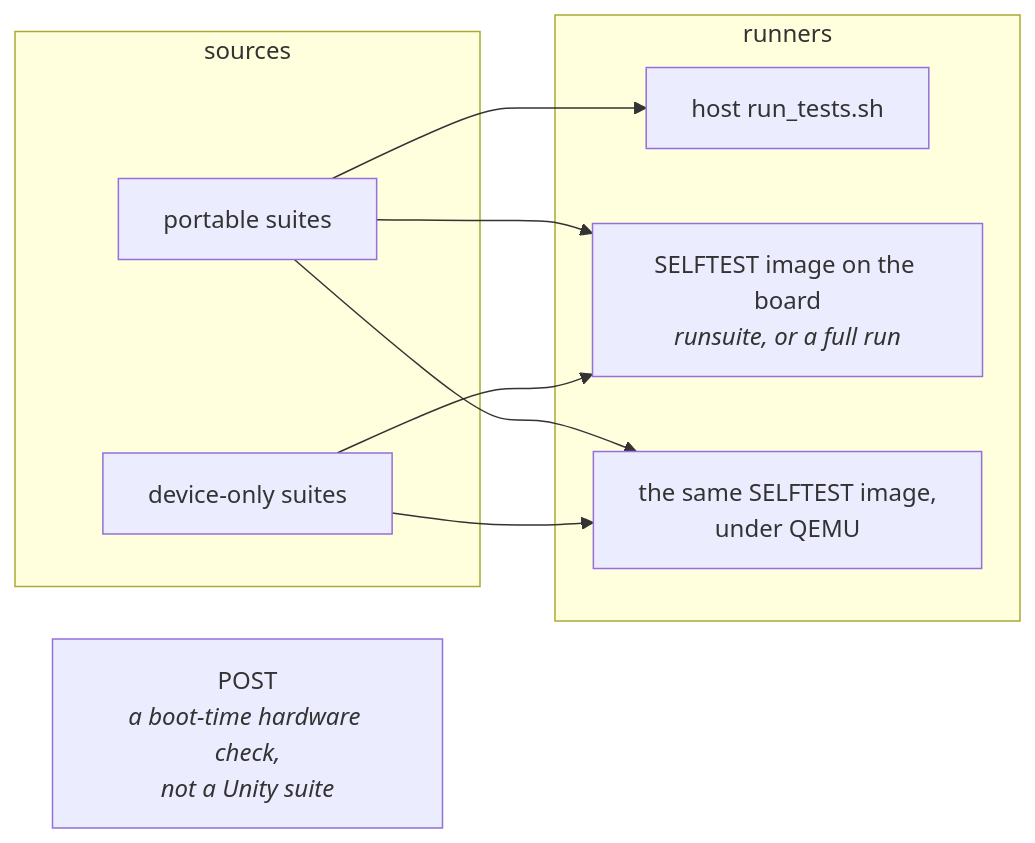
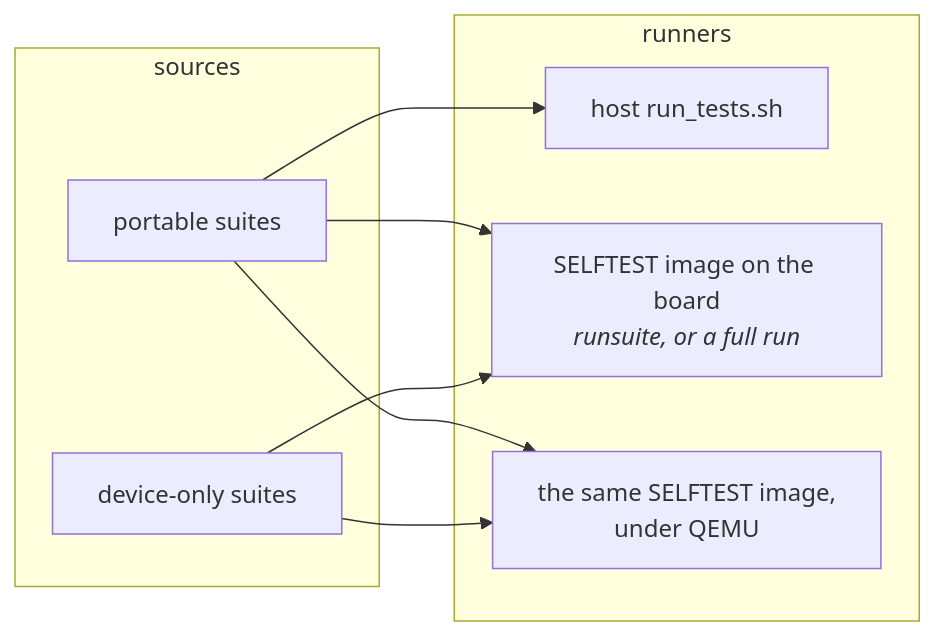
The first of 2 diagrams in docs/Testing-Guide.md (jose-villegas/autana), drawn with Mermaid before and after one commit. The commit also changed other lines of this file and 3 other files, not shown here.

````diff
--- a/docs/Testing-Guide.md
+++ b/docs/Testing-Guide.md
@@ -89,21 +89,19 @@
 ```mermaid
 flowchart LR
     subgraph sources["sources"]
         Portable["portable suites"]
         DeviceOnly["device-only suites"]
     end
 
     subgraph runners["runners"]
         Host["host run_tests.sh"]
         Board["SELFTEST image on the board<br/><i>runsuite, or a full run</i>"]
         Qemu["the same SELFTEST image,<br/>under QEMU"]
     end
 
     Portable --> Host
     Portable --> Board
     Portable --> Qemu
     DeviceOnly --> Board
     DeviceOnly --> Qemu
-
-    POST["POST<br/><i>a boot-time hardware check,<br/>not a Unity suite</i>"]
 ```
````
